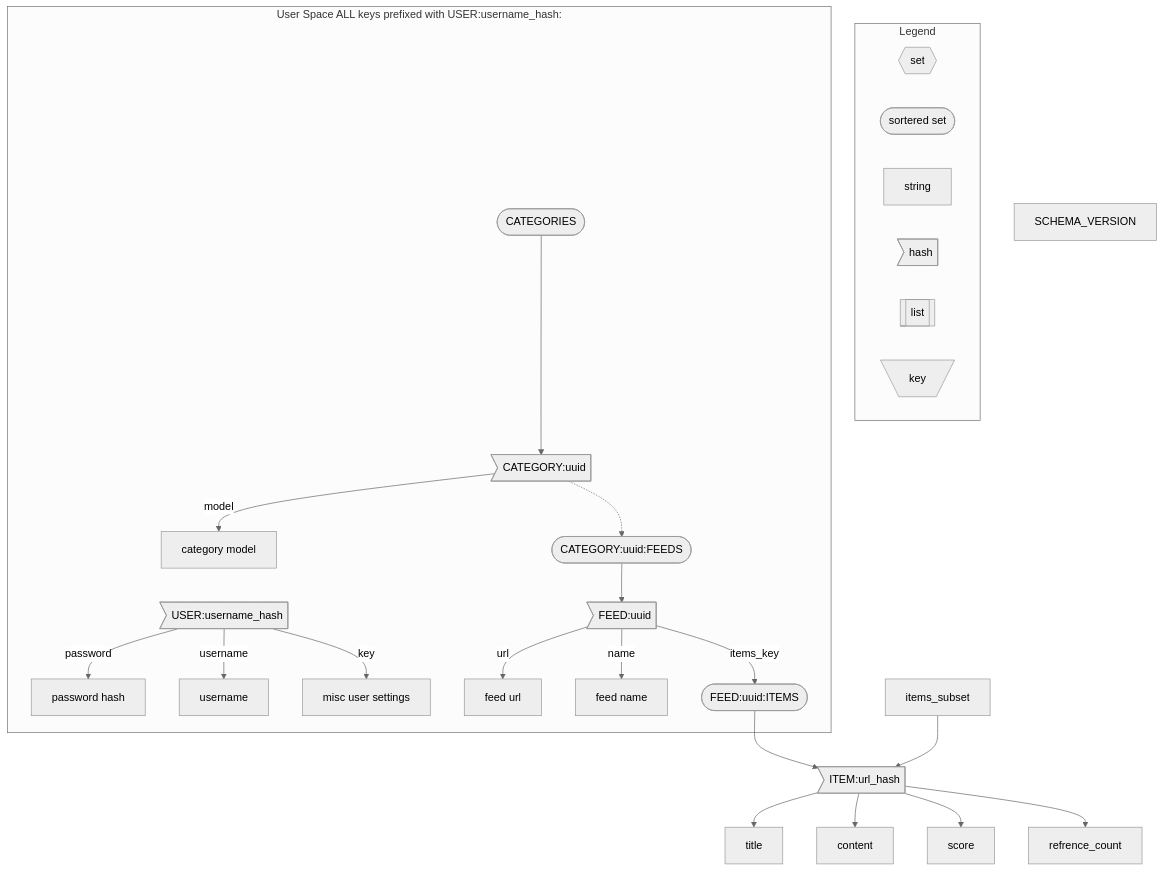
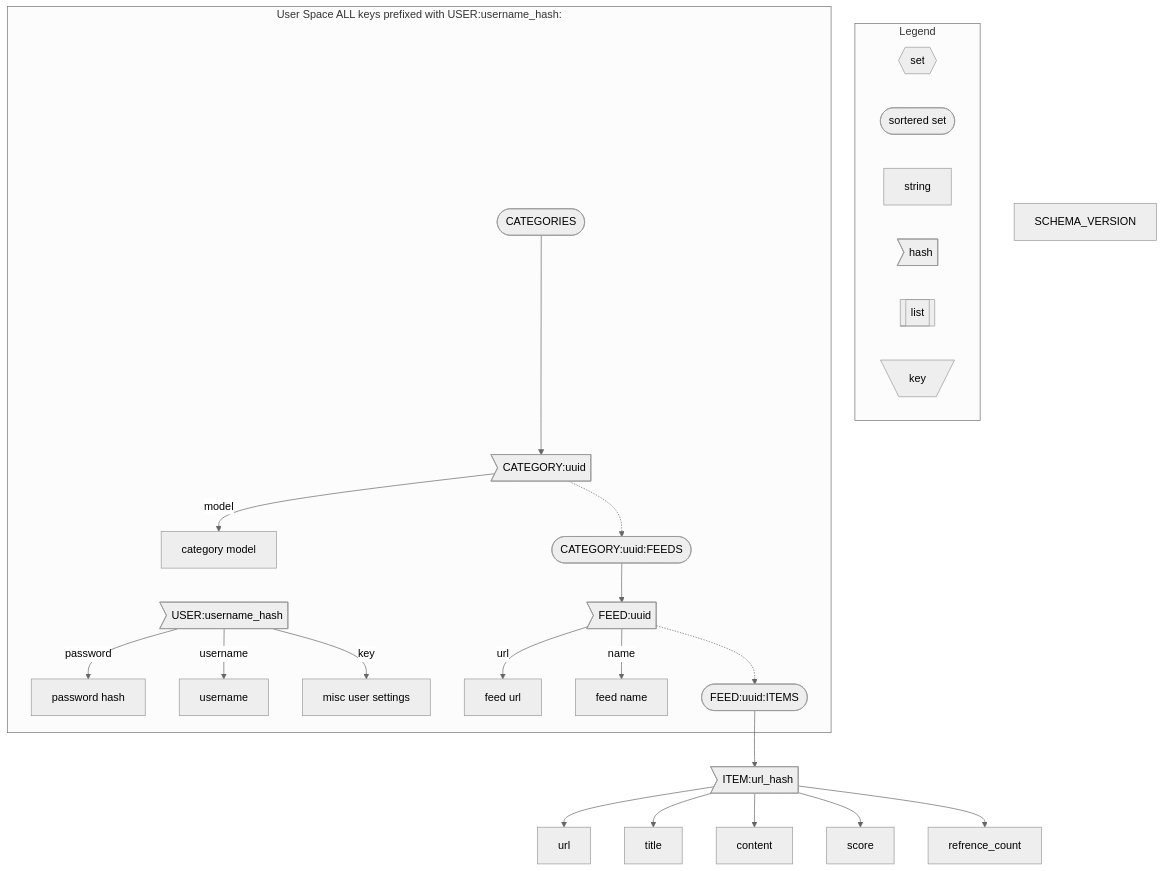
The diagram in README.md (mullinmax/aggy), drawn with Mermaid (neutral theme) before and after one commit. The commit also changed other lines of this file, not shown here.

````diff
--- a/README.md
+++ b/README.md
@@ -24,50 +24,50 @@
 ```mermaid
 flowchart TB
 
     subgraph Legend
         direction LR
         set{{set}}
         ordered_set([sortered set])
         string[string]
         hash>hash]
         list[[list]]
         key[\key/]
     end
 
     subgraph User Space ALL keys prefixed with USER:username_hash:
         user>USER:username_hash] 
         user--password--> password_hash[password hash]
         user--username--> username[username]
         user--key-->misc_user_settings[misc user settings]
         
         categories([CATEGORIES])
         category>CATEGORY:uuid]
         category_model[category model]
         category_feeds([CATEGORY:uuid:FEEDS])
         feed>FEED:uuid]
         feed_url[feed url]
         feed_name[feed name]
         items([FEED:uuid:ITEMS])
 
         
         categories --> category
         
         category --model--> category_model
         category -.-> category_feeds
         category_feeds --> feed
         feed --url--> feed_url
         feed --name--> feed_name
-        feed --items_key--> items
+        feed -.-> items
         
     end
 
     items-->item
-    items_subset-->item
     item>ITEM:url_hash]
+    item-->url
     item-->title
     item-->content
     item-->score
     item-->refrence_count
     schema_version[SCHEMA_VERSION]
 
 ```
````
